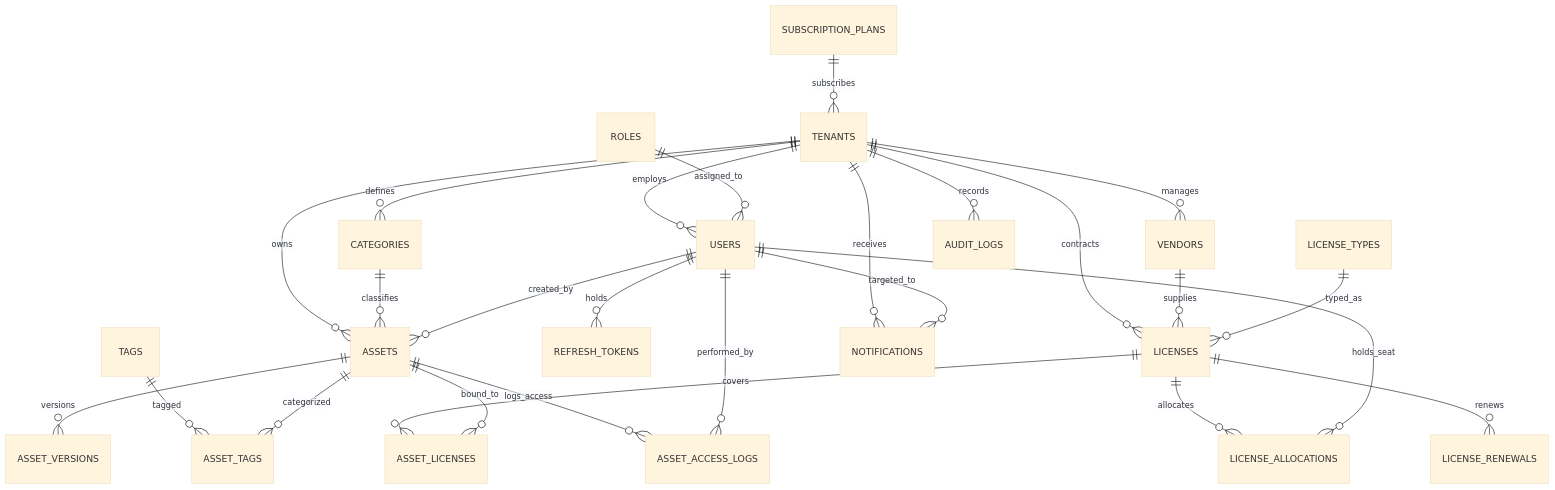
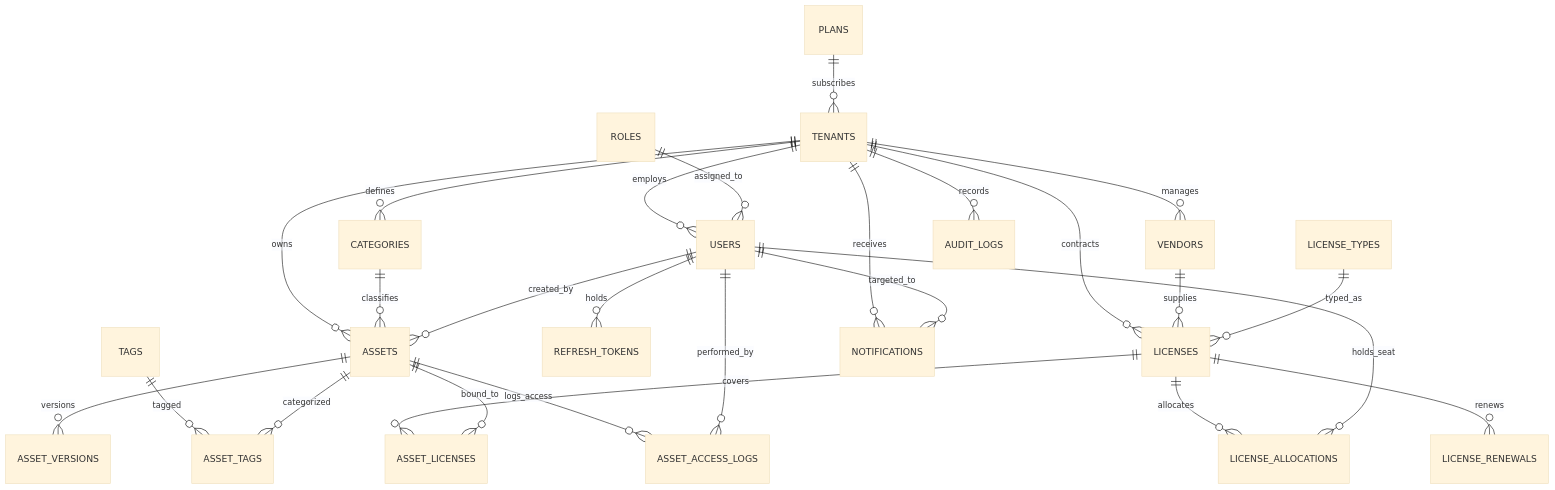
One commit to imkarthik567/Multi-Tenant-Digital-Asset-License-Management-System changed the diagram in docs/FINAL_REPORT.md. Above: the diagram before and after it, drawn with Mermaid (base theme). The commit also changed 5 other files, not shown here.

````diff
--- a/docs/FINAL_REPORT.md
+++ b/docs/FINAL_REPORT.md
@@ -63,34 +63,34 @@
 ```mermaid
 erDiagram
     TENANTS ||--o{ USERS : "employs"
     TENANTS ||--o{ ASSETS : "owns"
     TENANTS ||--o{ LICENSES : "contracts"
     TENANTS ||--o{ VENDORS : "manages"
     TENANTS ||--o{ CATEGORIES : "defines"
     
-    SUBSCRIPTION_PLANS ||--o{ TENANTS : "subscribes"
+    PLANS ||--o{ TENANTS : "subscribes"
     ROLES ||--o{ USERS : "assigned_to"
     USERS ||--o{ REFRESH_TOKENS : "holds"
     
     CATEGORIES ||--o{ ASSETS : "classifies"
     USERS ||--o{ ASSETS : "created_by"
     ASSETS ||--o{ ASSET_VERSIONS : "versions"
     TAGS ||--o{ ASSET_TAGS : "tagged"
     ASSETS ||--o{ ASSET_TAGS : "categorized"
     
     VENDORS ||--o{ LICENSES : "supplies"
     LICENSE_TYPES ||--o{ LICENSES : "typed_as"
     LICENSES ||--o{ ASSET_LICENSES : "covers"
     ASSETS ||--o{ ASSET_LICENSES : "bound_to"
     
     LICENSES ||--o{ LICENSE_ALLOCATIONS : "allocates"
     USERS ||--o{ LICENSE_ALLOCATIONS : "holds_seat"
     LICENSES ||--o{ LICENSE_RENEWALS : "renews"
     
     ASSETS ||--o{ ASSET_ACCESS_LOGS : "logs_access"
     USERS ||--o{ ASSET_ACCESS_LOGS : "performed_by"
     
     TENANTS ||--o{ NOTIFICATIONS : "receives"
     USERS ||--o{ NOTIFICATIONS : "targeted_to"
     TENANTS ||--o{ AUDIT_LOGS : "records"
 ```
````
